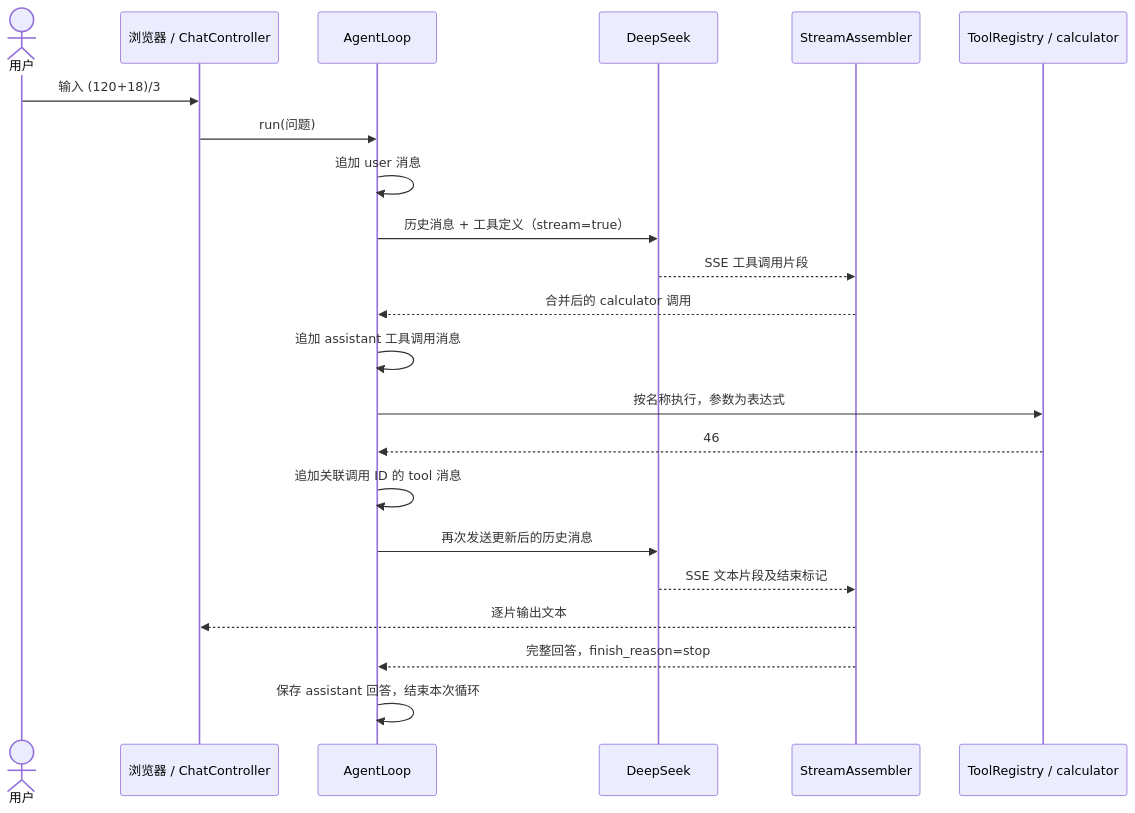
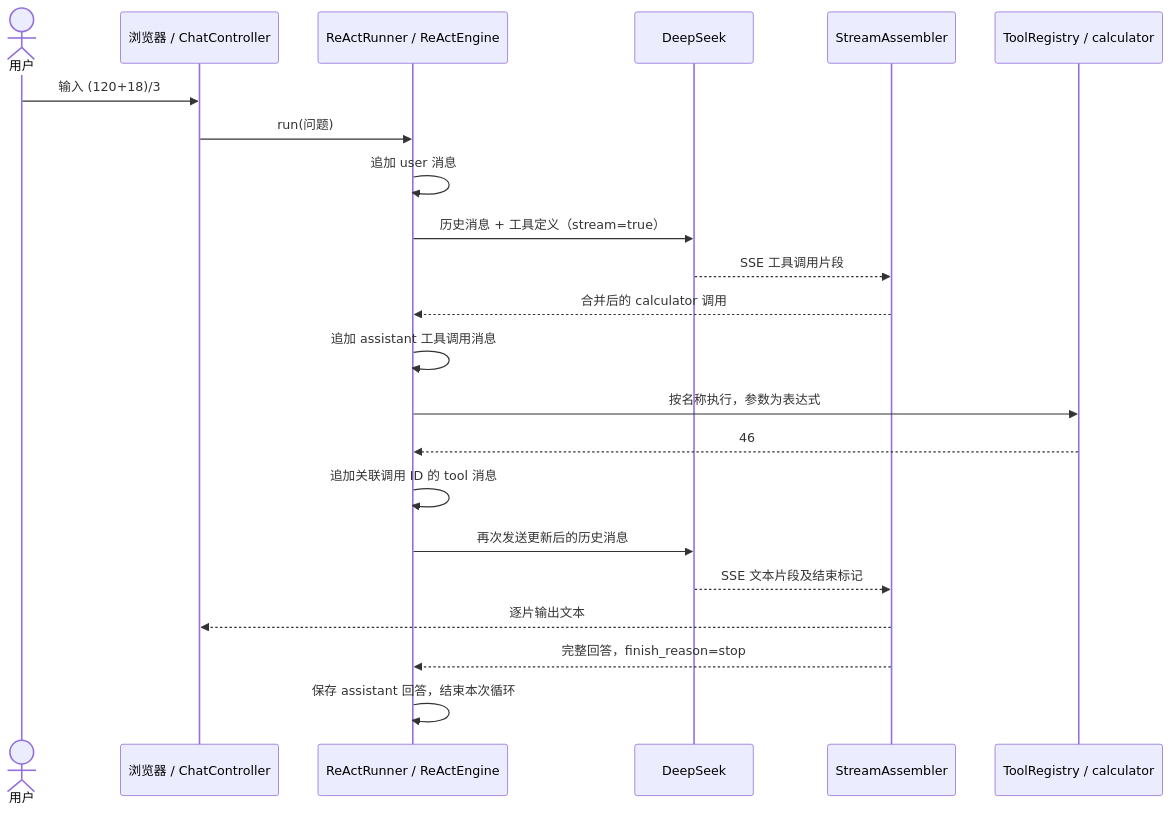
One commit to GLBB/ai-engineering-from-scratch changed the second of 2 diagrams in learning-artifacts/agent-loop/README.md. Above: the diagram before and after it, drawn with Mermaid. The commit also changed other lines of this file and 10 other files, not shown here.

````diff
--- a/learning-artifacts/agent-loop/README.md
+++ b/learning-artifacts/agent-loop/README.md
@@ -112,24 +121,24 @@
 ```mermaid
 sequenceDiagram
     actor U as 用户
     participant M as 浏览器 / ChatController
-    participant A as AgentLoop
+    participant A as ReActRunner / ReActEngine
     participant D as DeepSeek
     participant S as StreamAssembler
     participant T as ToolRegistry / calculator
     U->>M: 输入 (120+18)/3
     M->>A: run(问题)
     A->>A: 追加 user 消息
     A->>D: 历史消息 + 工具定义（stream=true）
     D-->>S: SSE 工具调用片段
     S-->>A: 合并后的 calculator 调用
     A->>A: 追加 assistant 工具调用消息
     A->>T: 按名称执行，参数为表达式
     T-->>A: 46
     A->>A: 追加关联调用 ID 的 tool 消息
     A->>D: 再次发送更新后的历史消息
     D-->>S: SSE 文本片段及结束标记
     S-->>M: 逐片输出文本
     S-->>A: 完整回答，finish_reason=stop
     A->>A: 保存 assistant 回答，结束本次循环
 ```
````
